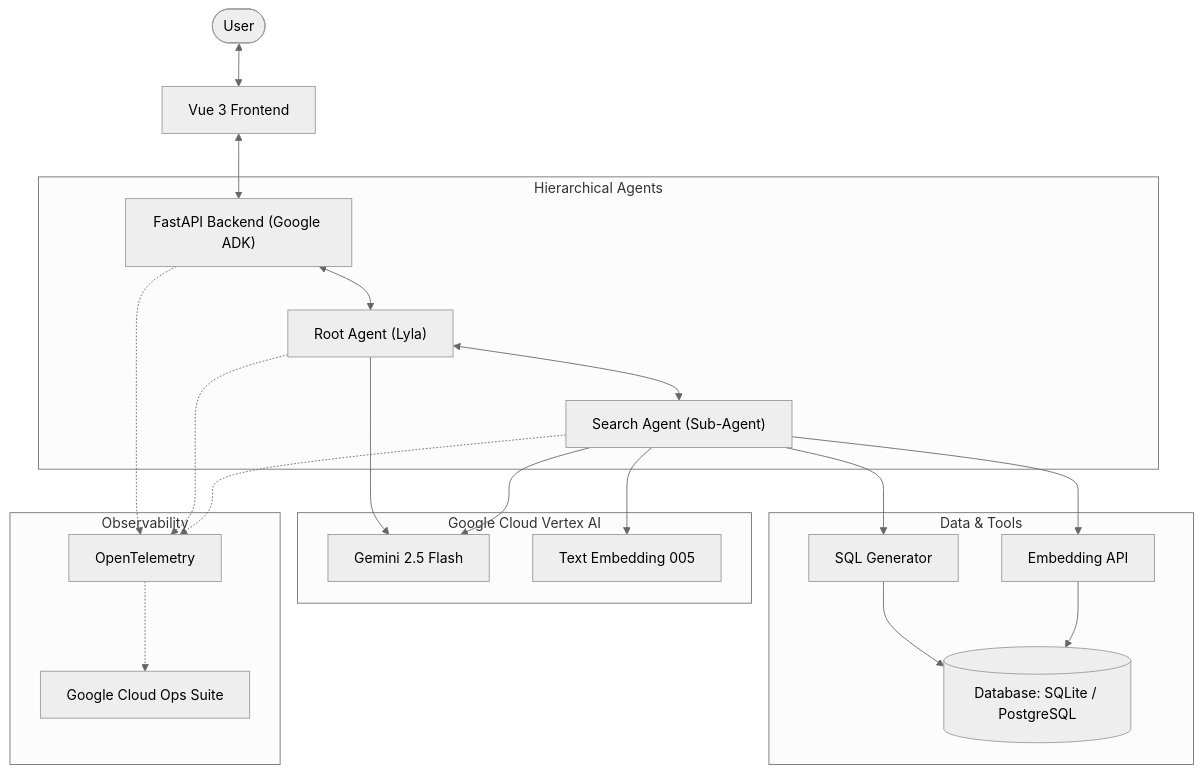
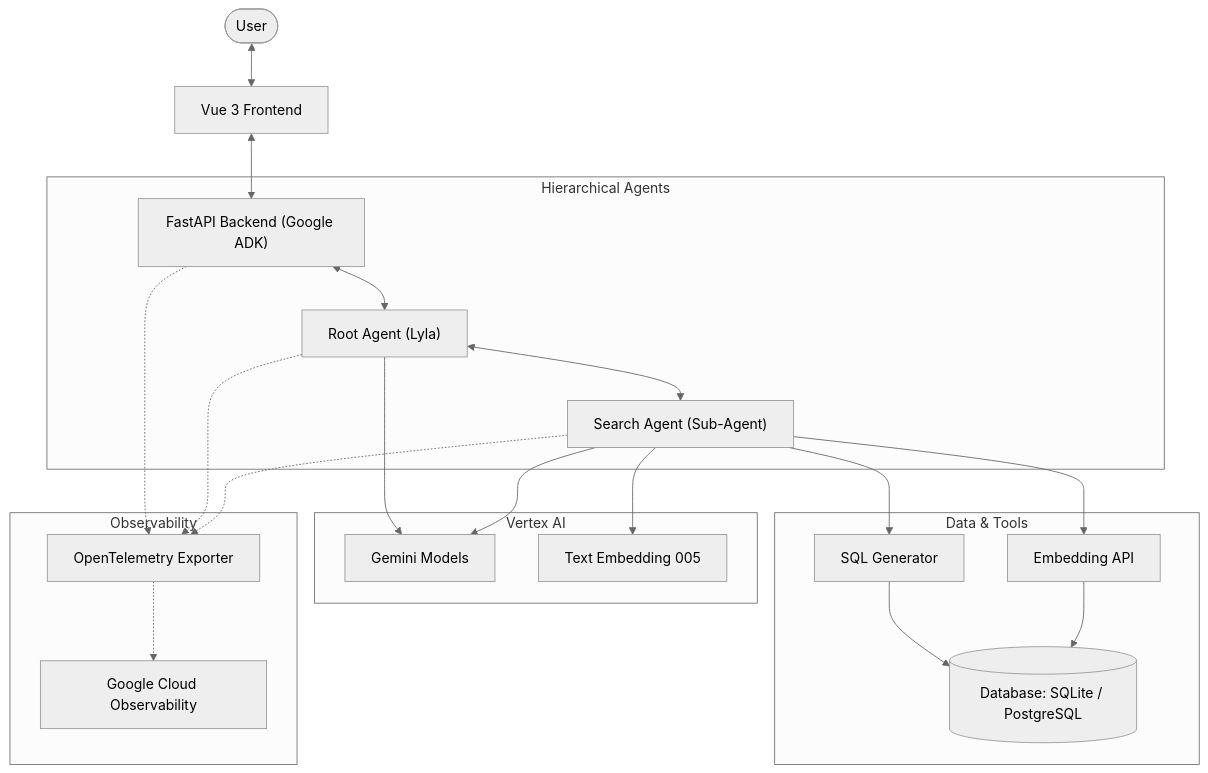
Before and after one commit to MKand/the-london-travel-company: the diagram in README.md, drawn with Mermaid (neutral theme).

Commit message:
updated mermaid diagram for more clarity

````diff
--- a/README.md
+++ b/README.md
@@ -7,33 +7,33 @@
 ```mermaid
 graph TD
     User([User]) <--> Frontend[Vue 3 Frontend]
     Frontend <--> API["FastAPI Backend (Google ADK)"]
     
-    subgraph "Google Cloud Vertex AI"
-        LLM[Gemini 2.5 Flash]
+    subgraph "Vertex AI"
+        LLM[Gemini Models]
         Embed[Text Embedding 005]
     end
 
     subgraph "Hierarchical Agents"
         API <--> RootAgent["Root Agent (Lyla)"]
         RootAgent <--> SearchAgent["Search Agent (Sub-Agent)"]
     end
     
     RootAgent --> LLM
     SearchAgent --> LLM
     SearchAgent --> Embed
 
     subgraph "Data & Tools"
         SearchAgent --> SQL[SQL Generator]
         SearchAgent --> Vector[Embedding API]
         SQL --> DB[(Database: SQLite / PostgreSQL)]
         Vector --> DB
     end
     
     subgraph "Observability"
-        API -.-> OTel[OpenTelemetry]
+        API -.-> OTel[OpenTelemetry Exporter]
         RootAgent -.-> OTel
         SearchAgent -.-> OTel
-        OTel -.-> GCP[Google Cloud Ops Suite]
+        OTel -.-> GCP[Google Cloud Observability]
     end
 ```
````
